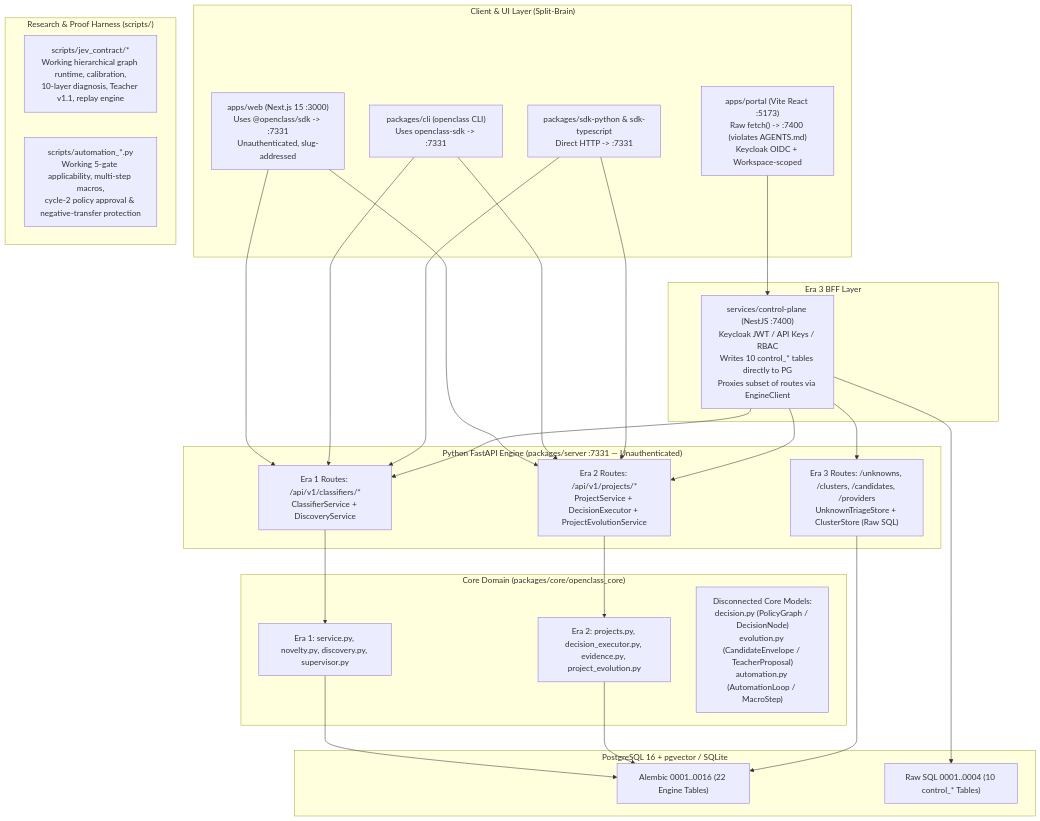
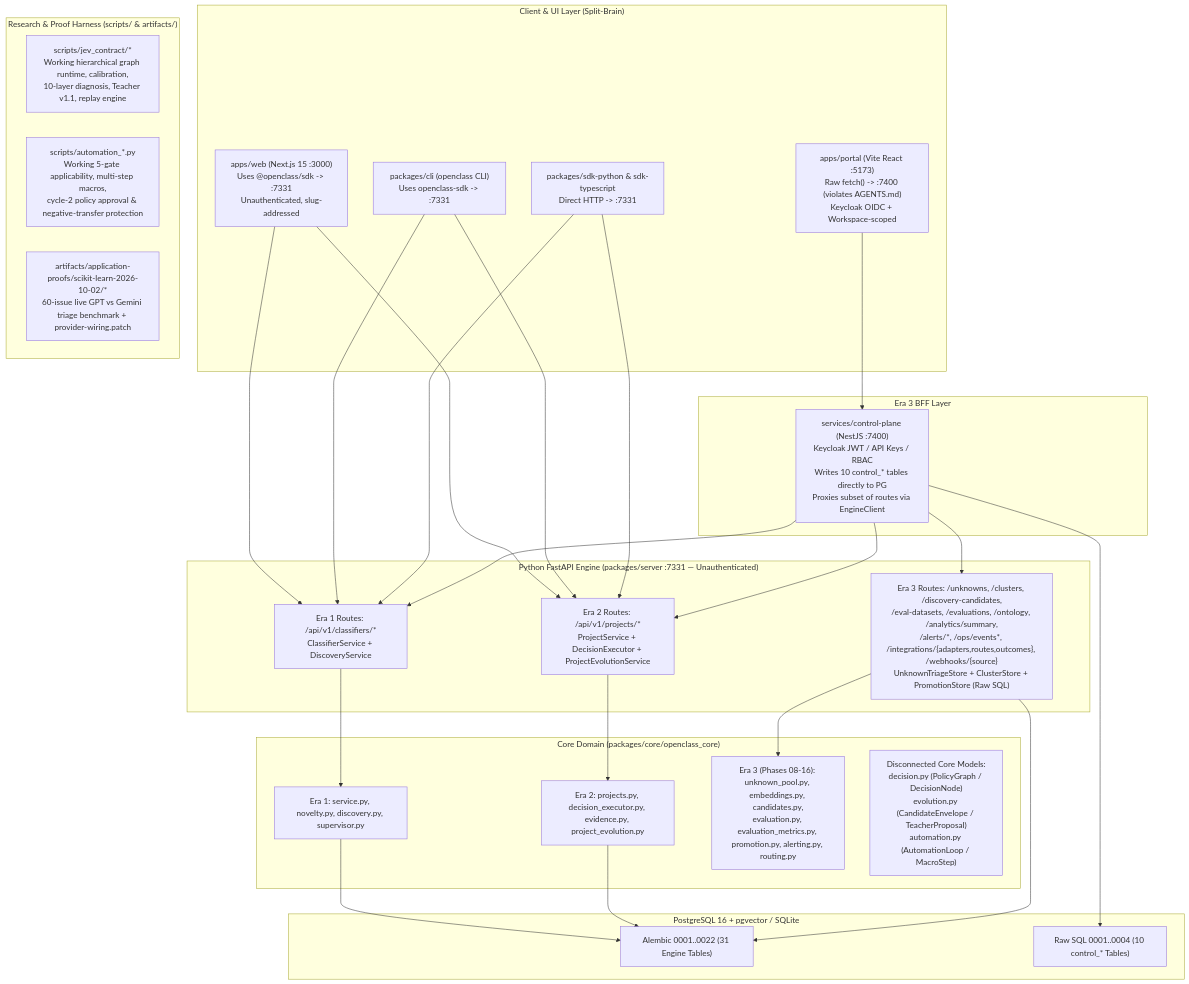
The diagram in docs/agentic-engineering/01-system-map-and-reconciliation.md (yassincodes404/OpenClass), drawn with Mermaid before and after one commit. The commit also changed other lines of this file and 14 other files, not shown here.

````diff
--- a/docs/agentic-engineering/01-system-map-and-reconciliation.md
+++ b/docs/agentic-engineering/01-system-map-and-reconciliation.md
@@ -14,52 +14,55 @@
 ```mermaid
 flowchart TB
   subgraph Clients["Client & UI Layer (Split-Brain)"]
     WEB["apps/web (Next.js 15 :3000)<br/>Uses @openclass/sdk -> :7331<br/>Unauthenticated, slug-addressed"]
     PORTAL["apps/portal (Vite React :5173)<br/>Raw fetch() -> :7400 (violates AGENTS.md)<br/>Keycloak OIDC + Workspace-scoped"]
     CLI["packages/cli (openclass CLI)<br/>Uses openclass-sdk -> :7331"]
     SDKS["packages/sdk-python & sdk-typescript<br/>Direct HTTP -> :7331"]
   end
 
   subgraph ControlPlane["Era 3 BFF Layer"]
     CP["services/control-plane (NestJS :7400)<br/>Keycloak JWT / API Keys / RBAC<br/>Writes 10 control_* tables directly to PG<br/>Proxies subset of routes via EngineClient"]
   end
 
   subgraph Engine["Python FastAPI Engine (packages/server :7331 — Unauthenticated)"]
     API_CLASS["Era 1 Routes: /api/v1/classifiers/*<br/>ClassifierService + DiscoveryService"]
     API_PROJ["Era 2 Routes: /api/v1/projects/*<br/>ProjectService + DecisionExecutor + ProjectEvolutionService"]
-    API_PORTAL["Era 3 Routes: /unknowns, /clusters, /candidates, /providers<br/>UnknownTriageStore + ClusterStore (Raw SQL)"]
+    API_PORTAL["Era 3 Routes: /unknowns, /clusters, /discovery-candidates,<br/>/eval-datasets, /evaluations, /ontology, /analytics/summary,<br/>/alerts/*, /ops/events*, /integrations/{adapters,routes,outcomes}, /webhooks/{source}<br/>UnknownTriageStore + ClusterStore + PromotionStore (Raw SQL)"]
   end
 
   subgraph Core["Core Domain (packages/core/openclass_core)"]
     CORE_ERA1["Era 1: service.py, novelty.py, discovery.py, supervisor.py"]
     CORE_ERA2["Era 2: projects.py, decision_executor.py, evidence.py, project_evolution.py"]
+    CORE_ERA3["Era 3 (Phases 08-16): unknown_pool.py, embeddings.py, candidates.py,<br/>evaluation.py, evaluation_metrics.py, promotion.py, alerting.py, routing.py"]
     CORE_ERA2B["Disconnected Core Models:<br/>decision.py (PolicyGraph / DecisionNode)<br/>evolution.py (CandidateEnvelope / TeacherProposal)<br/>automation.py (AutomationLoop / MacroStep)"]
   end
 
-  subgraph Research["Research & Proof Harness (scripts/)"]
+  subgraph Research["Research & Proof Harness (scripts/ & artifacts/)"]
     JEV_HARNESS["scripts/jev_contract/*<br/>Working hierarchical graph runtime, calibration,<br/>10-layer diagnosis, Teacher v1.1, replay engine"]
     AUTO_HARNESS["scripts/automation_*.py<br/>Working 5-gate applicability, multi-step macros,<br/>cycle-2 policy approval & negative-transfer protection"]
+    APP_PROOFS["artifacts/application-proofs/scikit-learn-2026-10-02/*<br/>60-issue live GPT vs Gemini triage benchmark + provider-wiring.patch"]
   end
 
   subgraph Storage["PostgreSQL 16 + pgvector / SQLite"]
-    PG_ENGINE["Alembic 0001..0016 (22 Engine Tables)"]
+    PG_ENGINE["Alembic 0001..0022 (31 Engine Tables)"]
     PG_CP["Raw SQL 0001..0004 (10 control_* Tables)"]
   end
 
   WEB --> API_CLASS
   WEB --> API_PROJ
   CLI --> API_CLASS
   CLI --> API_PROJ
   SDKS --> API_CLASS
   SDKS --> API_PROJ
   PORTAL --> CP
   CP --> PG_CP
   CP --> API_CLASS
   CP --> API_PROJ
   CP --> API_PORTAL
   API_CLASS --> CORE_ERA1
   API_PROJ --> CORE_ERA2
+  API_PORTAL --> CORE_ERA3
   CORE_ERA1 --> PG_ENGINE
   CORE_ERA2 --> PG_ENGINE
   API_PORTAL --> PG_ENGINE
 ```
````
